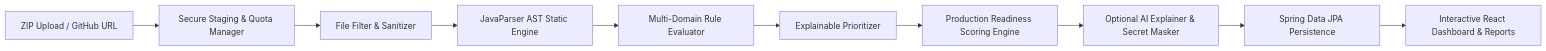
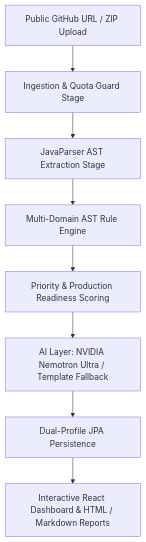
The diagram in README.md (Codewithjainam7/Codexa), drawn with Mermaid before and after one commit. The commit also changed other lines of this file and 3 other files, not shown here.

Commit message:
feat(report): implement Milestone 10 (multi-format HTML/Markdown/JSON report export, UI download actions, and complete release documentation)

````diff
--- a/README.md
+++ b/README.md
@@ -25,12 +28,10 @@
 ```mermaid
-flowchart LR
-    A[ZIP Upload / GitHub URL] --> B[Secure Staging & Quota Manager]
-    B --> C[File Filter & Sanitizer]
-    C --> D[JavaParser AST Static Engine]
-    D --> E[Multi-Domain Rule Evaluator]
-    E --> F[Explainable Prioritizer]
-    F --> G[Production Readiness Scoring Engine]
-    G --> H[Optional AI Explainer & Secret Masker]
-    H --> I[Spring Data JPA Persistence]
-    I --> J[Interactive React Dashboard & Reports]
+flowchart TD
+    A[Public GitHub URL / ZIP Upload] --> B[Ingestion & Quota Guard Stage]
+    B --> C[JavaParser AST Extraction Stage]
+    C --> D[Multi-Domain AST Rule Engine]
+    D --> E[Priority & Production Readiness Scoring]
+    E --> F[AI Layer: NVIDIA Nemotron Ultra / Template Fallback]
+    F --> G[Dual-Profile JPA Persistence]
+    G --> H[Interactive React Dashboard & HTML / Markdown Reports]
 ```
````
